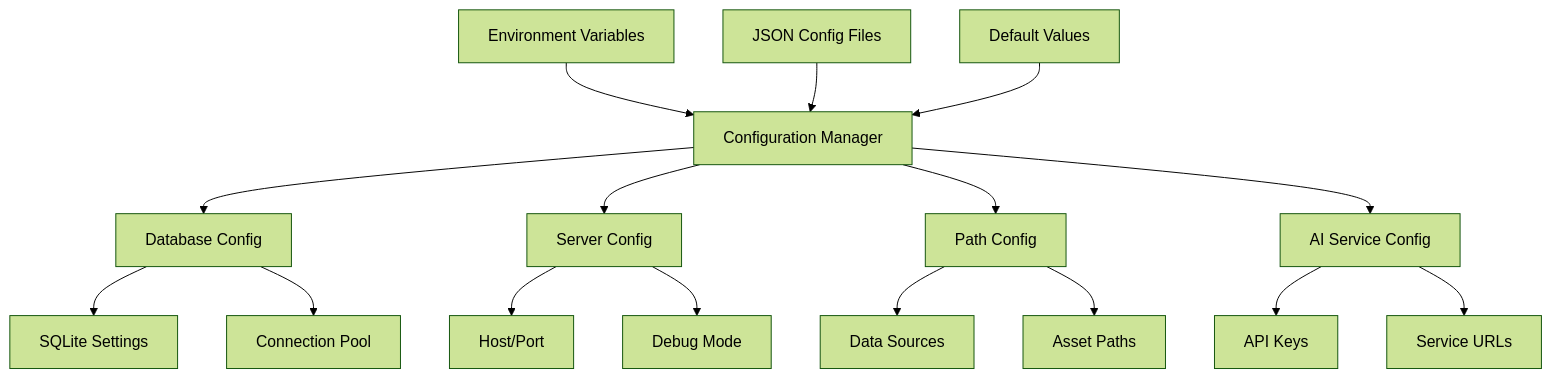
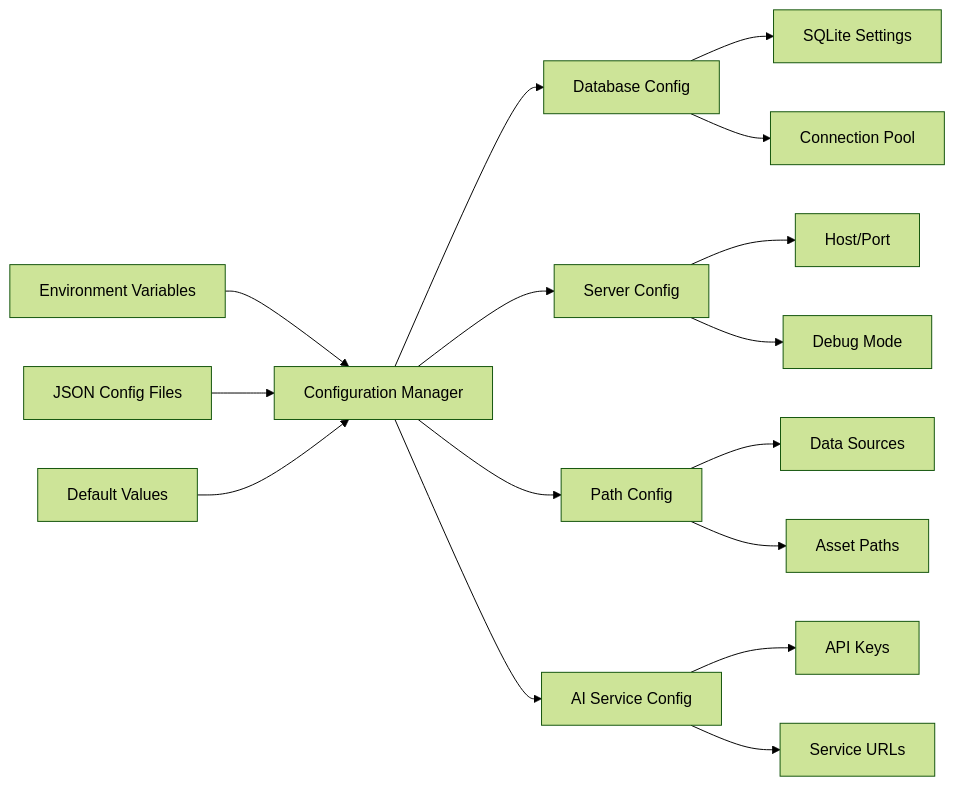
Before and after one commit to Wise-Connex/management-tools-analysis-dashboard: the eighth of 9 diagrams in README.md, drawn with Mermaid (forest theme). The commit also changed other lines of this file, not shown here.

Commit message:
Optimize flowchart orientations in README.md
- Change analysis types flowchart to left-to-right for better readability
- Adjust configuration architecture to left-to-right layout
- Improve visual flow and consistency across diagrams

📊 Enhanced diagram layout for better user experience

````diff
--- a/README.md
+++ b/README.md
@@ -360,23 +360,23 @@
 ```mermaid
-graph TB
+graph LR
     A[Environment Variables] --> D[Configuration Manager]
     B[JSON Config Files] --> D
     C[Default Values] --> D
     
     D --> E[Database Config]
     D --> F[Server Config]
     D --> G[Path Config]
     D --> H[AI Service Config]
     
     E --> I[SQLite Settings]
     E --> J[Connection Pool]
     
     F --> K[Host/Port]
     F --> L[Debug Mode]
     
     G --> M[Data Sources]
     G --> N[Asset Paths]
     
     H --> O[API Keys]
     H --> P[Service URLs]
 ```
````
